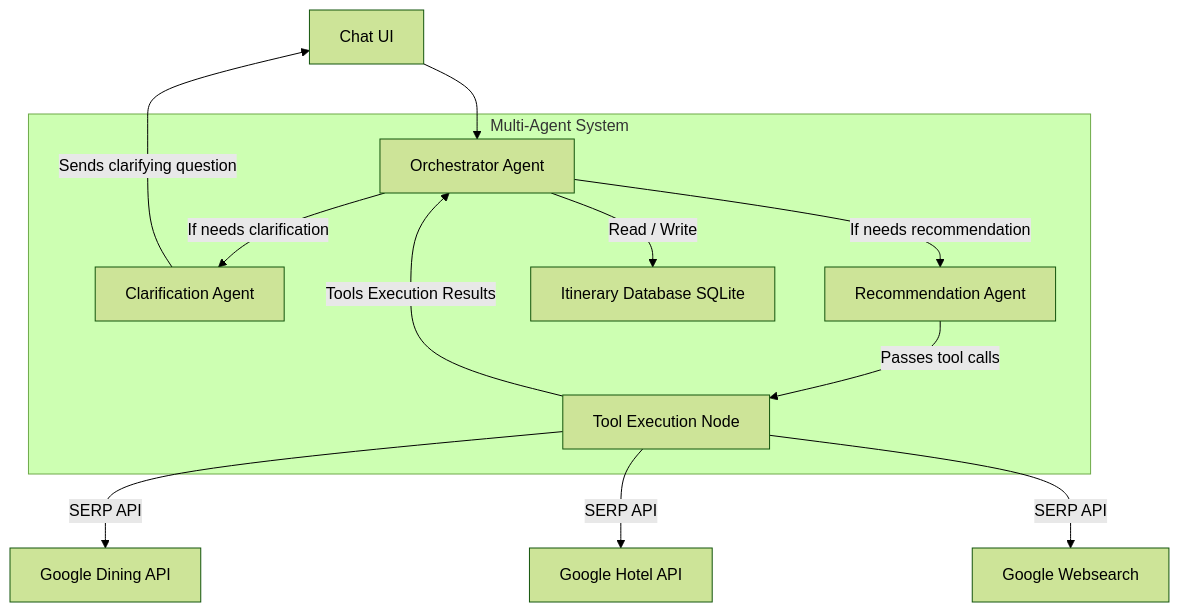
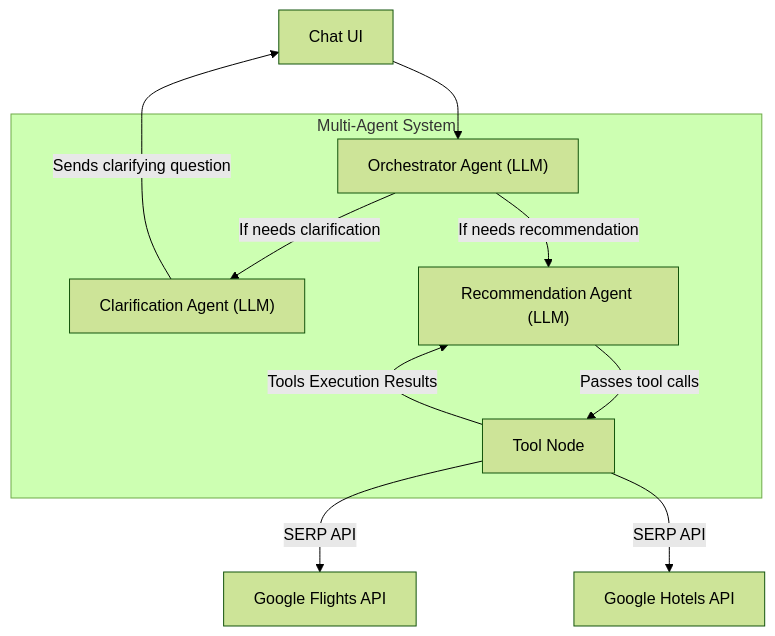
One commit to swamibala/smart-travel-planner changed the diagram in README.md. Above: the diagram before and after it, drawn with Mermaid (forest theme). The commit also changed 12 other files, not shown here.

Commit message:
Refactor serpapi_tools.py: Remove unused get_weather function and update tools list to include search_flight and search_hotels

````diff
--- a/README.md
+++ b/README.md
@@ -3,34 +3,29 @@
 ```mermaid 
 graph TD
     CHAT[Chat UI]
-    ORCH_AGENT[Orchestrator Agent]
-    CLARIFY_AGENT[Clarification Agent]
-    RECOMMEND_AGENT[Recommendation Agent]
-    TOOL_NODE[Tool Execution Node]
-    GOOGLE_DINING[Google Dining API]
-    GOOGLE_HOTEL[Google Hotel API]
-    GOOGLE_ACTIVITIES[Google Websearch]
+    ORCH_AGENT["Orchestrator Agent (LLM)"]
+    CLARIFY_AGENT["Clarification Agent (LLM)"]
+    RECOMMEND_AGENT["Recommendation Agent (LLM)"]
+    GOOGLE_FLIGHTS[Google Flights API]
+    GOOGLE_HOTELS[Google Hotels API]
+    TOOL_NODE[Tool Node]
 
     subgraph Multi-Agent System
-        ORCH_AGENT[Orchestrator Agent]
-        CLARIFY_AGENT[Clarification Agent]
-        RECOMMEND_AGENT[Recommendation Agent]
-        TOOL_NODE[Tool Execution Node]
-        ITINERARY_DB[Itinerary Database SQLite]
+        ORCH_AGENT
+        CLARIFY_AGENT
+        RECOMMEND_AGENT
+        TOOL_NODE
     end
 
     CHAT --> ORCH_AGENT
     ORCH_AGENT -->|If needs clarification| CLARIFY_AGENT
     ORCH_AGENT -->|If needs recommendation| RECOMMEND_AGENT
 
     RECOMMEND_AGENT -->|Passes tool calls| TOOL_NODE
 
-    TOOL_NODE -->|SERP API| GOOGLE_DINING
-    TOOL_NODE -->|SERP API| GOOGLE_HOTEL
-    TOOL_NODE -->|SERP API| GOOGLE_ACTIVITIES
-    TOOL_NODE -->|Tools Execution Results| ORCH_AGENT
+    TOOL_NODE -->|SERP API| GOOGLE_FLIGHTS
+    TOOL_NODE -->|SERP API| GOOGLE_HOTELS
+    TOOL_NODE -->|Tools Execution Results| RECOMMEND_AGENT
     
-    ORCH_AGENT -->|Read / Write| ITINERARY_DB
-
     CLARIFY_AGENT -->|Sends clarifying question| CHAT
 ```
````
